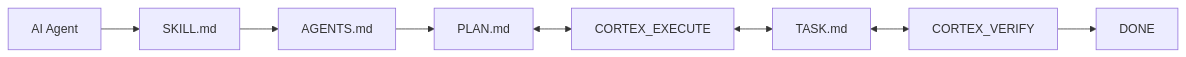
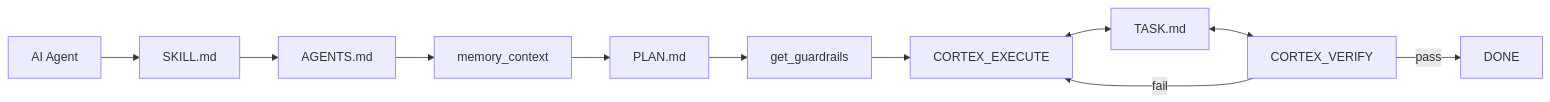
Before and after one commit to adyoi/mcp-cortex-intelligent: the second of 3 diagrams in README.md, drawn with Mermaid. The commit also changed other lines of this file and 1 other file, not shown here.

Commit message:
docs: refine flow diagram (memory_context, get_guardrails, retry loop on verify fail)

````diff
--- a/README.md
+++ b/README.md
@@ -37,10 +37,13 @@
 ```mermaid
 flowchart LR
   A[AI Agent] --> B[SKILL.md]
   B --> C[AGENTS.md]
-  C --> D[PLAN.md]
-  D <--> E[CORTEX_EXECUTE]
-  E <--> F[TASK.md]
-  F <--> G[CORTEX_VERIFY]
-  G --> H[DONE]
+  C --> D[memory_context]
+  D --> E[PLAN.md]
+  E --> F[get_guardrails]
+  F --> G[CORTEX_EXECUTE]
+  G <--> H[TASK.md]
+  H <--> I[CORTEX_VERIFY]
+  I -- pass --> J[DONE]
+  I -- fail --> G
 ```
````
